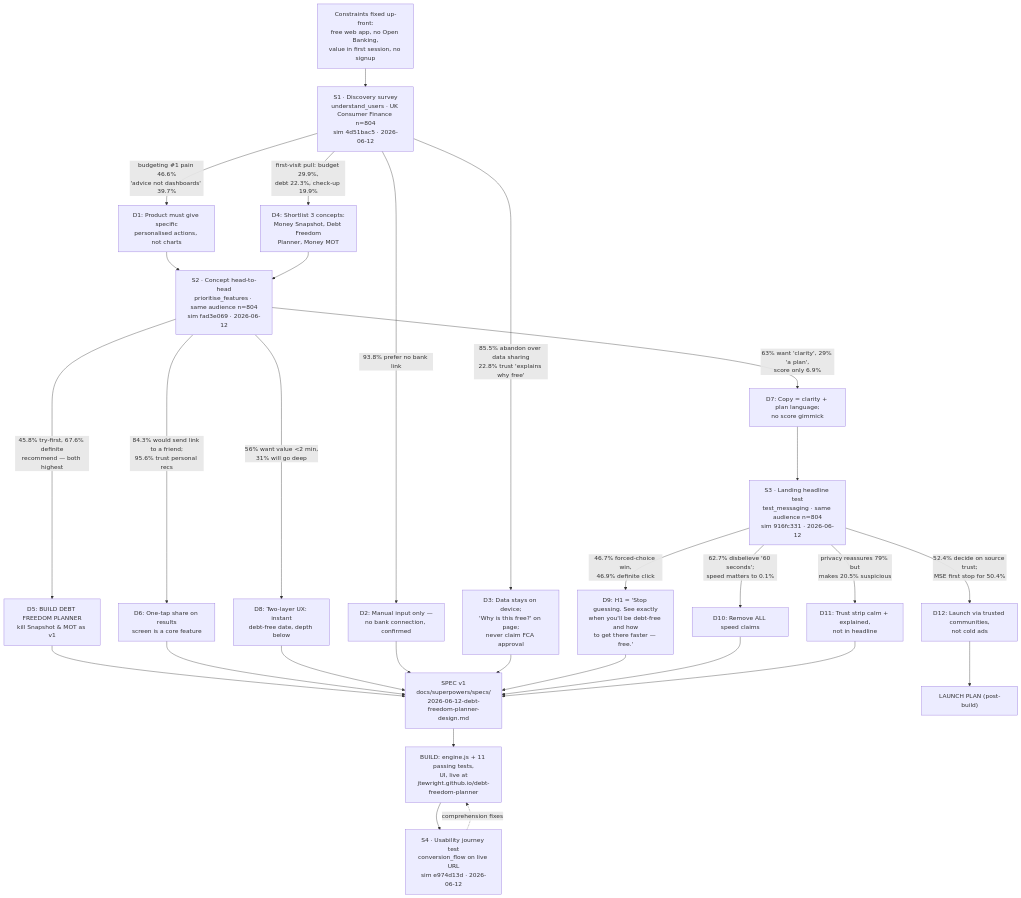
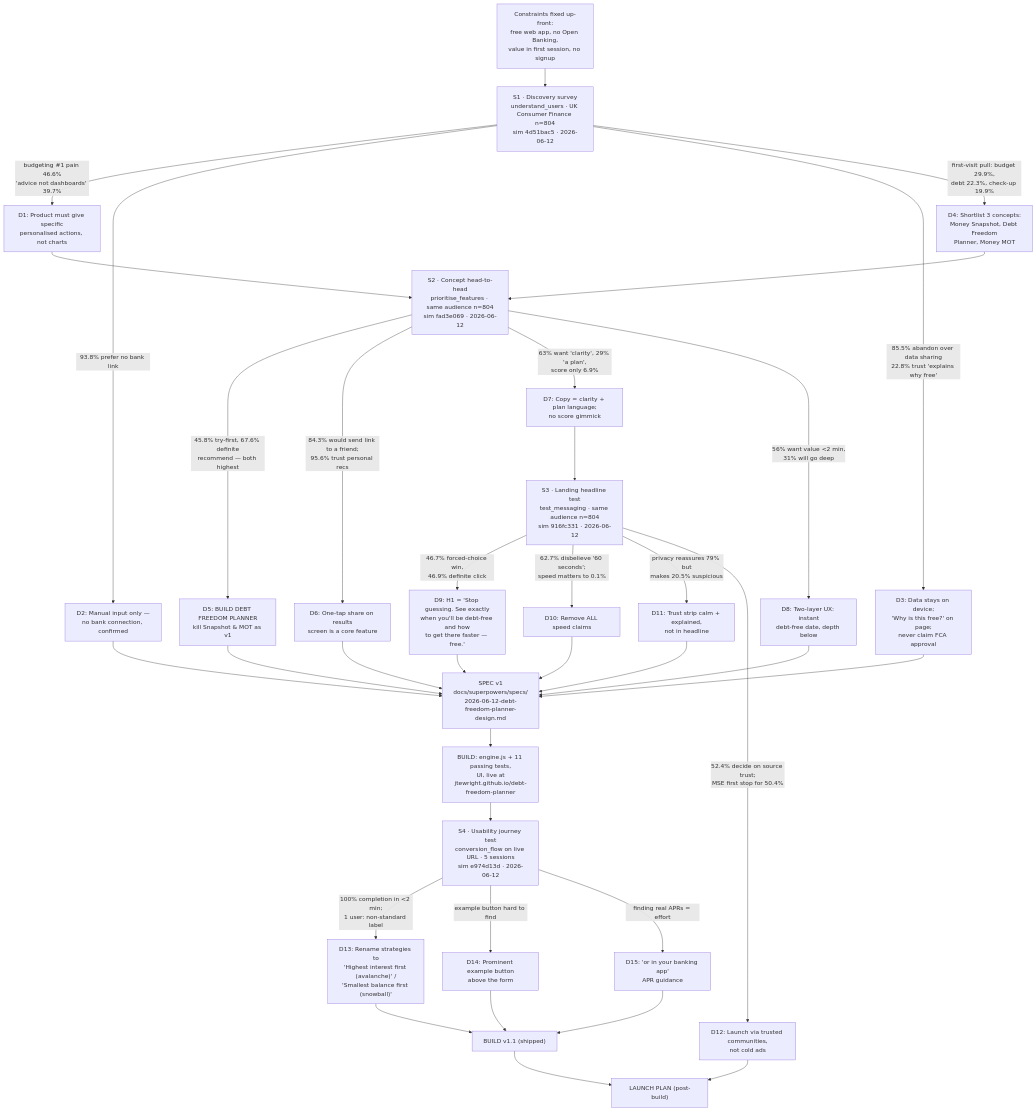
One commit to semilattice-research/debt-freedom-planner changed the diagram in DECISION_GRAPH.md. Above: the diagram before and after it, drawn with Mermaid. The commit also changed other lines of this file and 1 other file, not shown here.

Commit message:
Update log and decision graph with usability results and v1.1

````diff
--- a/DECISION_GRAPH.md
+++ b/DECISION_GRAPH.md
@@ -7,44 +7,50 @@
 ```mermaid
 graph TD
     C0[Constraints fixed up-front:<br/>free web app, no Open Banking,<br/>value in first session, no signup]
 
     S1["S1 · Discovery survey<br/>understand_users · UK Consumer Finance n=804<br/>sim 4d51bac5 · 2026-06-12"]
     C0 --> S1
 
     S1 -->|"budgeting #1 pain 46.6%<br/>'advice not dashboards' 39.7%"| D1[D1: Product must give specific<br/>personalised actions, not charts]
     S1 -->|"93.8% prefer no bank link"| D2[D2: Manual input only —<br/>no bank connection, confirmed]
     S1 -->|"85.5% abandon over data sharing<br/>22.8% trust 'explains why free'"| D3[D3: Data stays on device;<br/>'Why is this free?' on page;<br/>never claim FCA approval]
     S1 -->|"first-visit pull: budget 29.9%,<br/>debt 22.3%, check-up 19.9%"| D4[D4: Shortlist 3 concepts:<br/>Money Snapshot, Debt Freedom<br/>Planner, Money MOT]
 
     D1 --> S2
     D4 --> S2
     S2["S2 · Concept head-to-head<br/>prioritise_features · same audience n=804<br/>sim fad3e069 · 2026-06-12"]
 
     S2 -->|"45.8% try-first, 67.6% definite<br/>recommend — both highest"| D5[D5: BUILD DEBT FREEDOM PLANNER<br/>kill Snapshot & MOT as v1]
     S2 -->|"84.3% would send link to a friend;<br/>95.6% trust personal recs"| D6[D6: One-tap share on results<br/>screen is a core feature]
     S2 -->|"63% want 'clarity', 29% 'a plan',<br/>score only 6.9%"| D7[D7: Copy = clarity + plan language;<br/>no score gimmick]
     S2 -->|"56% want value &lt;2 min,<br/>31% will go deep"| D8[D8: Two-layer UX: instant<br/>debt-free date, depth below]
 
     D5 --> SPEC
     D6 --> SPEC
     D7 --> S3
     D8 --> SPEC
     D2 --> SPEC
     D3 --> SPEC
 
     S3["S3 · Landing headline test<br/>test_messaging · same audience n=804<br/>sim 916fc331 · 2026-06-12"]
     S3 -->|"46.7% forced-choice win,<br/>46.9% definite click"| D9["D9: H1 = 'Stop guessing. See exactly<br/>when you'll be debt-free and how<br/>to get there faster — free.'"]
     S3 -->|"62.7% disbelieve '60 seconds';<br/>speed matters to 0.1%"| D10[D10: Remove ALL speed claims]
     S3 -->|"privacy reassures 79% but<br/>makes 20.5% suspicious"| D11[D11: Trust strip calm + explained,<br/>not in headline]
     S3 -->|"52.4% decide on source trust;<br/>MSE first stop for 50.4%"| D12[D12: Launch via trusted communities,<br/>not cold ads]
     D9 --> SPEC
     D10 --> SPEC
     D11 --> SPEC
     D12 --> LAUNCH["LAUNCH PLAN (post-build)"]
 
     SPEC["SPEC v1<br/>docs/superpowers/specs/<br/>2026-06-12-debt-freedom-planner-design.md"]
 
     SPEC --> BUILD["BUILD: engine.js + 11 passing tests,<br/>UI, live at<br/>jtewright.github.io/debt-freedom-planner"]
-    BUILD --> S4["S4 · Usability journey test<br/>conversion_flow on live URL<br/>sim e974d13d · 2026-06-12"]
-    S4 -.->|comprehension fixes| BUILD
+    BUILD --> S4["S4 · Usability journey test<br/>conversion_flow on live URL · 5 sessions<br/>sim e974d13d · 2026-06-12"]
+    S4 -->|"100% completion in &lt;2 min;<br/>1 user: non-standard label"| D13["D13: Rename strategies to<br/>'Highest interest first (avalanche)' /<br/>'Smallest balance first (snowball)'"]
+    S4 -->|"example button hard to find"| D14[D14: Prominent example button<br/>above the form]
+    S4 -->|"finding real APRs = effort"| D15[D15: 'or in your banking app'<br/>APR guidance]
+    D13 --> BUILD2["BUILD v1.1 (shipped)"]
+    D14 --> BUILD2
+    D15 --> BUILD2
+    BUILD2 --> LAUNCH
 ```
````
